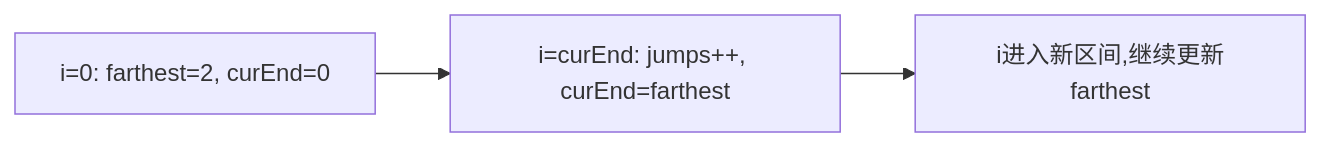
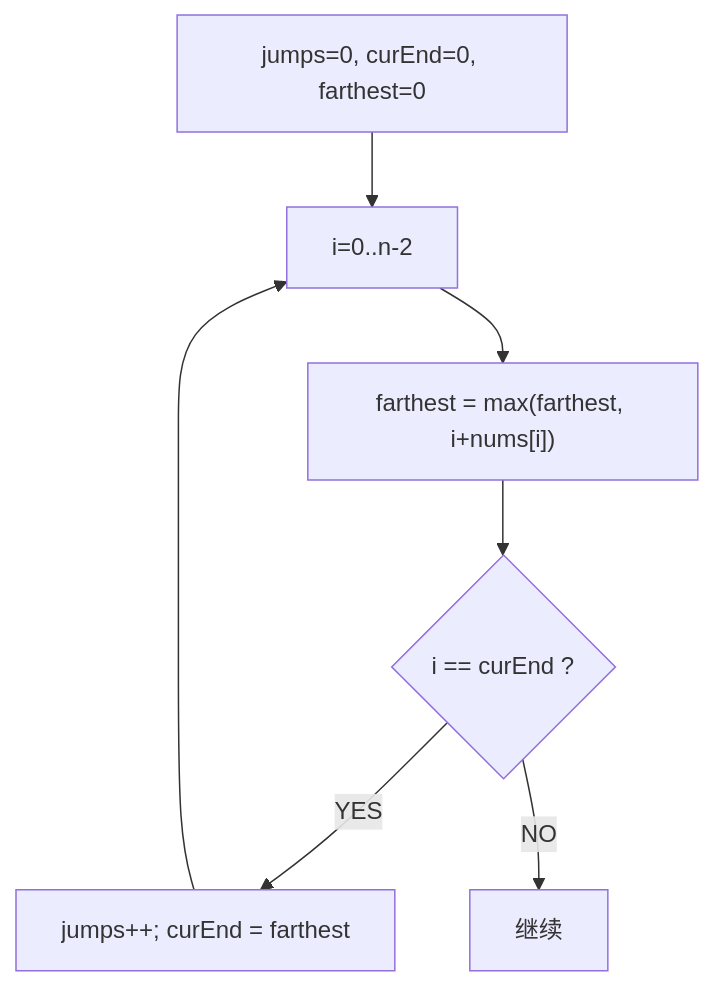
Before and after one commit to chongyang211/YCBookBlog: the diagram in docs/09.算法/18.贪心算法题/150.跳跃游戏II.md, drawn with Mermaid. The commit also changed other lines of this file and 9 other files, not shown here.

````diff
--- a/docs/09.算法/18.贪心算法题/150.跳跃游戏II.md
+++ b/docs/09.算法/18.贪心算法题/150.跳跃游戏II.md
@@ -21,5 +19,9 @@
 ```mermaid
-flowchart LR
-    A["i=0: farthest=2, curEnd=0"] --> B["i=curEnd: jumps++, curEnd=farthest"]
-    B --> C["i进入新区间,继续更新farthest"]
+flowchart TD
+    A["jumps=0, curEnd=0, farthest=0"] --> B["i=0..n-2"]
+    B --> C["farthest = max(farthest, i+nums[i])"]
+    C --> D{"i == curEnd ?"}
+    D -->|YES| E["jumps++; curEnd = farthest"]
+    D -->|NO| F["继续"]
+    E --> B
 ```
````
